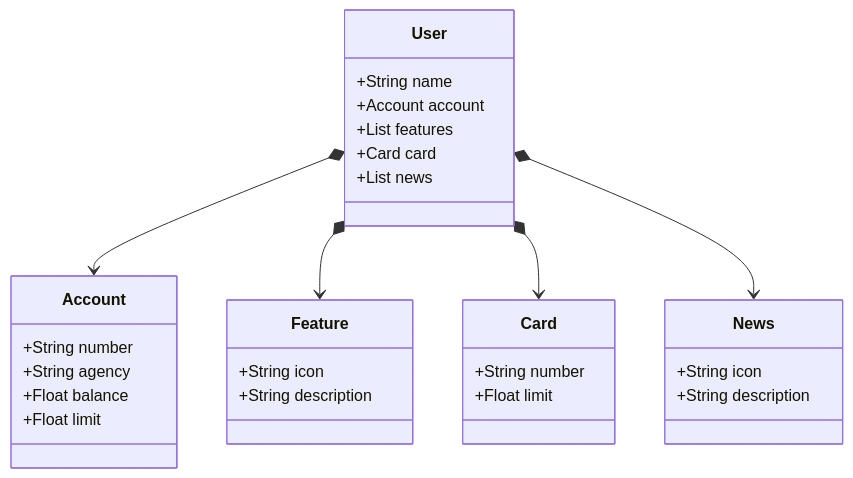
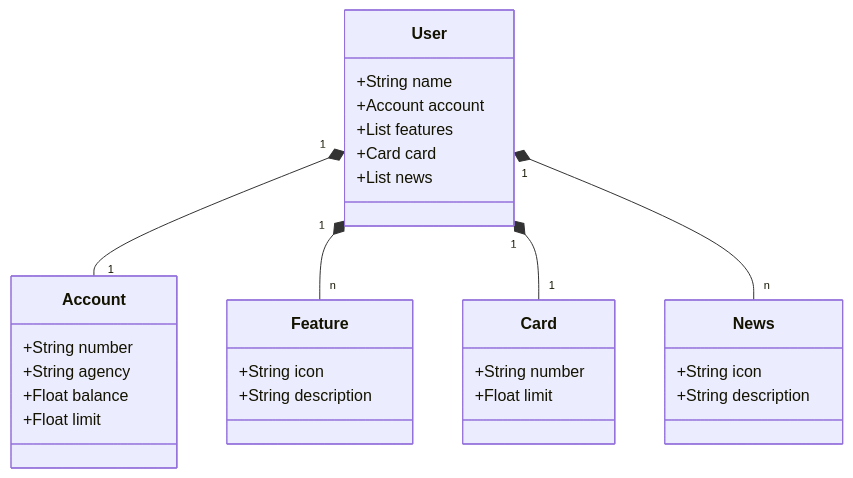
Before and after one commit to csmcpd/santander_dev_week_2023: the diagram in README.md, drawn with Mermaid.

````diff
--- a/README.md
+++ b/README.md
@@ -6,37 +6,37 @@
 ```mermaid
 classDiagram
     class User {
         +String name
         +Account account
         +List<Feature> features
         +Card card
         +List<News> news
     }
 
     class Account {
         +String number
         +String agency
         +Float balance
         +Float limit
     }
 
     class Feature {
         +String icon
         +String description
     }
 
     class Card {
         +String number
         +Float limit
     }
 
     class News {
         +String icon
         +String description
     }
 
-    User *--> Account
-    User *--> Feature
-    User *--> Card
-    User *--> News
+    User "1" *-- "1" Account
+    User "1" *-- "n" Feature
+    User "1" *-- "1" Card
+    User "1" *-- "n" News
 ```
````
